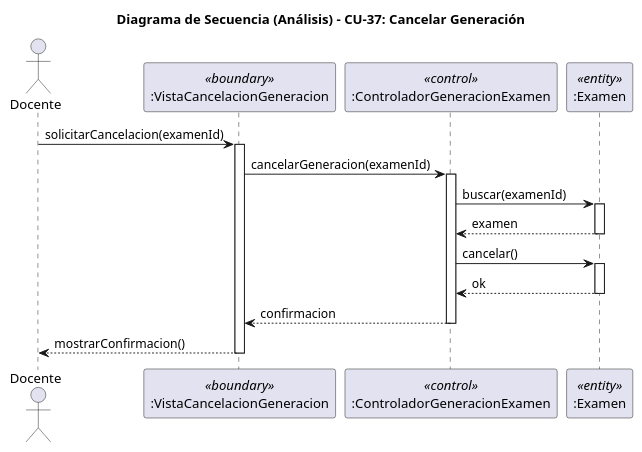
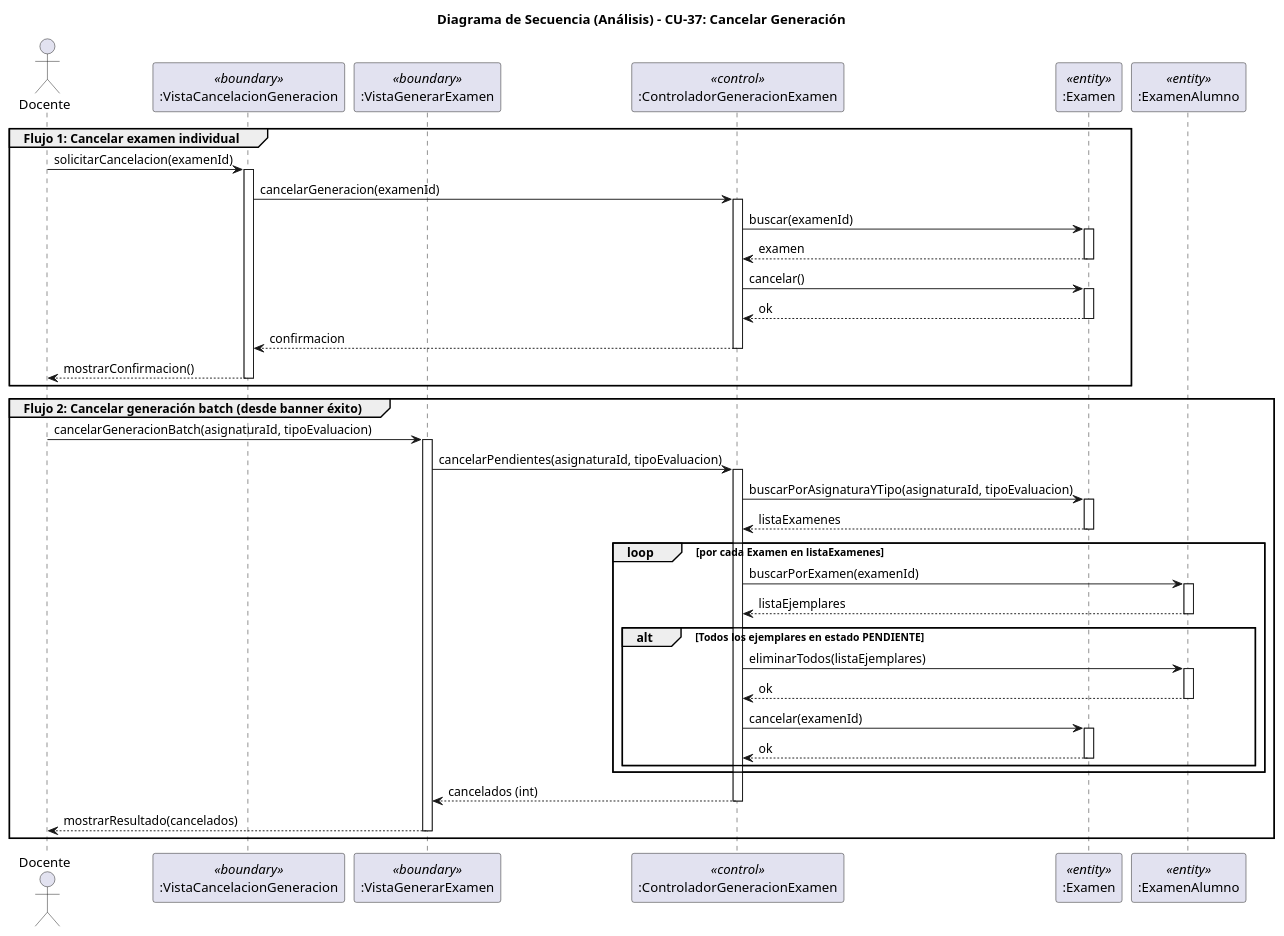
One commit to liamanderson873/25-26-idsw2-sdVC changed the diagram in RUP/01-analisis/casos-uso/CU-37-cancelarGeneracion/analisis-secuencia-CU-37-cancelarGeneracion.puml. Above: the diagram before and after it, drawn with PlantUML. The commit also changed 12 other files, not shown here.

First line of the commit message:
docs(RUP): actualizar diagramas de análisis y diseño con páginas de detalle, batch cancel y revisión en pestaña propia

```diff
--- a/RUP/01-analisis/casos-uso/CU-37-cancelarGeneracion/analisis-secuencia-CU-37-cancelarGeneracion.puml
+++ b/RUP/01-analisis/casos-uso/CU-37-cancelarGeneracion/analisis-secuencia-CU-37-cancelarGeneracion.puml
@@ -1,31 +1,73 @@
 @startuml cu37-cancelarGeneracion-analisis-secuencia
 title Diagrama de Secuencia (Análisis) - CU-37: Cancelar Generación
 
 actor "Docente" as Actor
 participant ":VistaCancelacionGeneracion" as Boundary <<boundary>>
+participant ":VistaGenerarExamen" as BoundaryGenerar <<boundary>>
 participant ":ControladorGeneracionExamen" as Control <<control>>
 participant ":Examen" as Entity <<entity>>
+participant ":ExamenAlumno" as EntityEjemplar <<entity>>
 
-Actor -> Boundary : solicitarCancelacion(examenId)
-activate Boundary
+group Flujo 1: Cancelar examen individual
+    Actor -> Boundary : solicitarCancelacion(examenId)
+    activate Boundary
 
-Boundary -> Control : cancelarGeneracion(examenId)
-activate Control
+    Boundary -> Control : cancelarGeneracion(examenId)
+    activate Control
 
-Control -> Entity : buscar(examenId)
-activate Entity
-Entity --> Control : examen
-deactivate Entity
+    Control -> Entity : buscar(examenId)
+    activate Entity
+    Entity --> Control : examen
+    deactivate Entity
 
-Control -> Entity : cancelar()
-activate Entity
-Entity --> Control : ok
-deactivate Entity
+    Control -> Entity : cancelar()
+    activate Entity
+    Entity --> Control : ok
+    deactivate Entity
 
-Control --> Boundary : confirmacion
-deactivate Control
+    Control --> Boundary : confirmacion
+    deactivate Control
 
-Boundary --> Actor : mostrarConfirmacion()
-deactivate Boundary
+    Boundary --> Actor : mostrarConfirmacion()
+    deactivate Boundary
+end
+
+group Flujo 2: Cancelar generación batch (desde banner éxito)
+    Actor -> BoundaryGenerar : cancelarGeneracionBatch(asignaturaId, tipoEvaluacion)
+    activate BoundaryGenerar
+
+    BoundaryGenerar -> Control : cancelarPendientes(asignaturaId, tipoEvaluacion)
+    activate Control
+
+    Control -> Entity : buscarPorAsignaturaYTipo(asignaturaId, tipoEvaluacion)
+    activate Entity
+    Entity --> Control : listaExamenes
+    deactivate Entity
+
+    loop por cada Examen en listaExamenes
+        Control -> EntityEjemplar : buscarPorExamen(examenId)
+        activate EntityEjemplar
+        EntityEjemplar --> Control : listaEjemplares
+        deactivate EntityEjemplar
+
+        alt Todos los ejemplares en estado PENDIENTE
+            Control -> EntityEjemplar : eliminarTodos(listaEjemplares)
+            activate EntityEjemplar
+            EntityEjemplar --> Control : ok
+            deactivate EntityEjemplar
+
+            Control -> Entity : cancelar(examenId)
+            activate Entity
+            Entity --> Control : ok
+            deactivate Entity
+        end
+    end
+
+    Control --> BoundaryGenerar : cancelados (int)
+    deactivate Control
+
+    BoundaryGenerar --> Actor : mostrarResultado(cancelados)
+    deactivate BoundaryGenerar
+end
 
 @enduml
```
